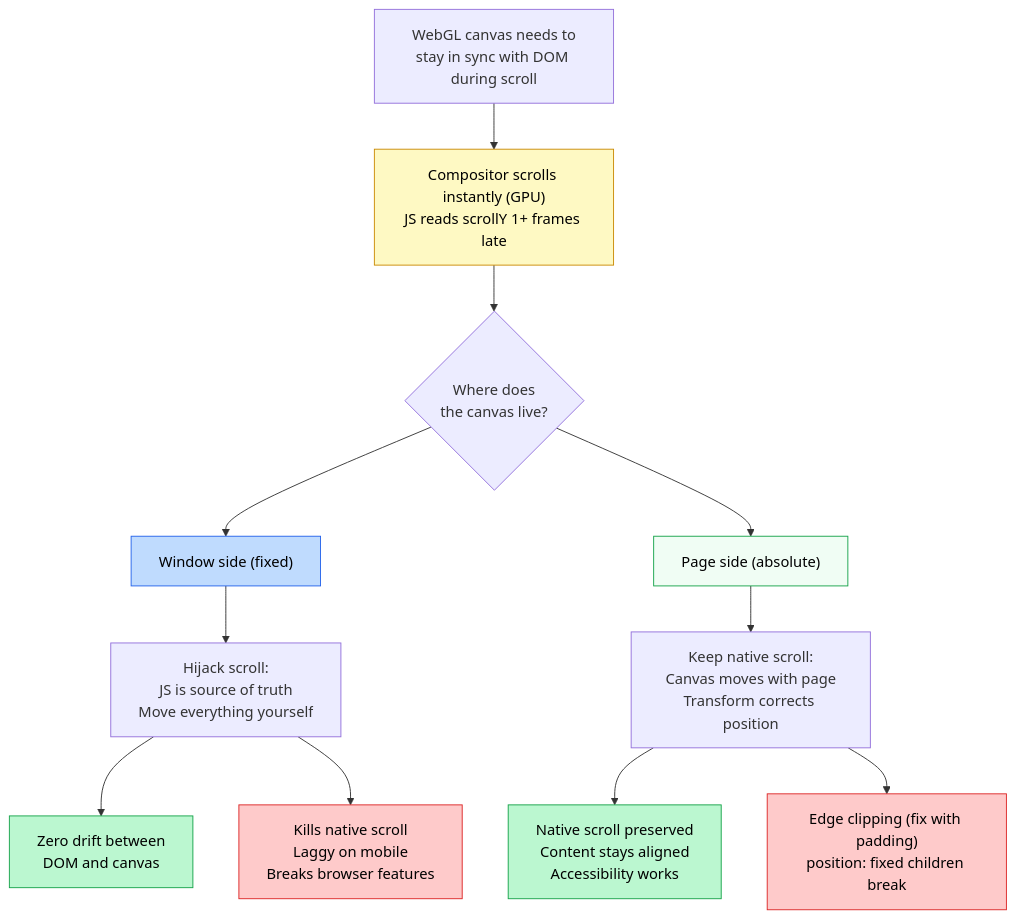
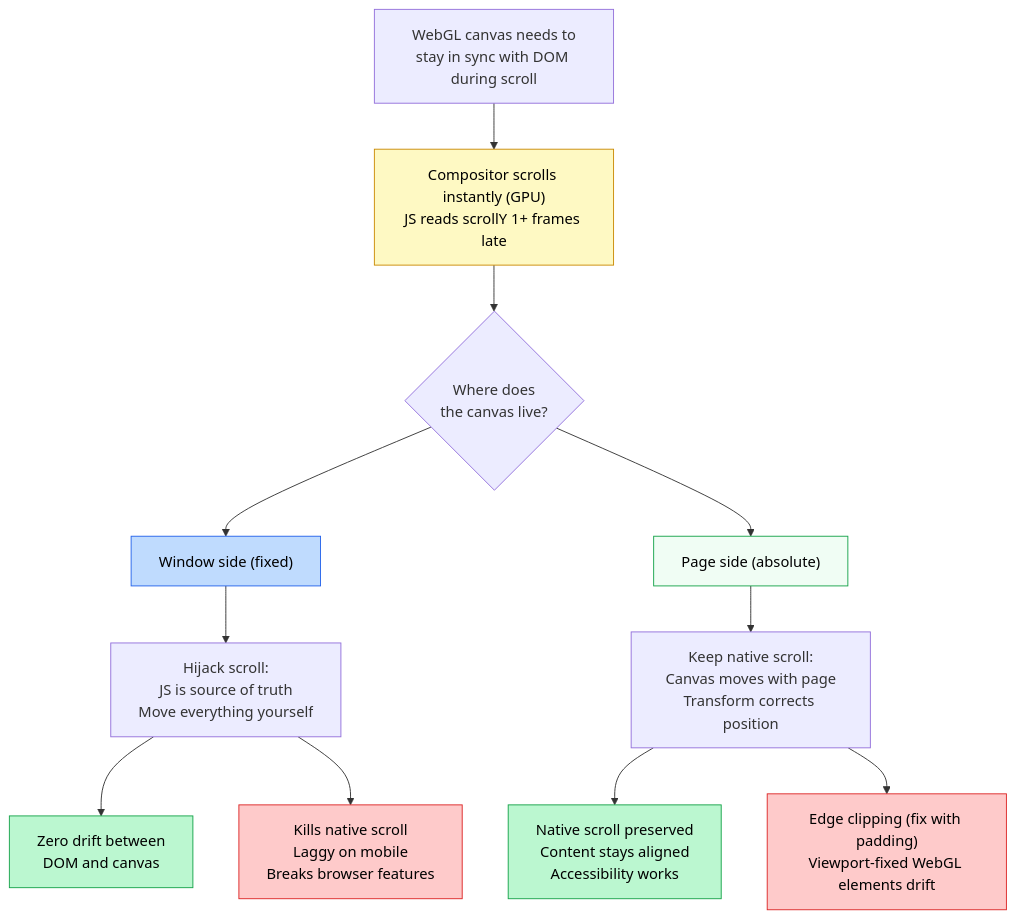
Diagram 12 of 12 in content/logs/08-webgl-scroll-sync.mdx (joyco-studio/registry), drawn with Mermaid before and after one commit. The commit also changed other lines of this file, not shown here.

First line of the commit message:
Fix position:fixed section — it's about WebGL fixed elements, not CSS

````diff
--- a/content/logs/08-webgl-scroll-sync.mdx
+++ b/content/logs/08-webgl-scroll-sync.mdx
@@ -390,25 +403,25 @@
 ```mermaid
 flowchart TD
     ROOT["WebGL canvas needs to<br/>stay in sync with DOM during scroll"]
     ROOT --> PROBLEM["Compositor scrolls instantly (GPU)<br/>JS reads scrollY 1+ frames late"]
     PROBLEM --> Q{"Where does<br/>the canvas live?"}
 
     Q --> FIXED["Window side (fixed)"]
     Q --> ABS["Page side (absolute)"]
 
     FIXED --> FIX_HOW["Hijack scroll:<br/>JS is source of truth<br/>Move everything yourself"]
     FIX_HOW --> FIX_PRO["Zero drift between<br/>DOM and canvas"]
     FIX_HOW --> FIX_CON["Kills native scroll<br/>Laggy on mobile<br/>Breaks browser features"]
 
     ABS --> ABS_HOW["Keep native scroll:<br/>Canvas moves with page<br/>Transform corrects position"]
     ABS_HOW --> ABS_PRO["Native scroll preserved<br/>Content stays aligned<br/>Accessibility works"]
-    ABS_HOW --> ABS_CON["Edge clipping (fix with padding)<br/>position: fixed children break"]
+    ABS_HOW --> ABS_CON["Edge clipping (fix with padding)<br/>Viewport-fixed WebGL elements drift"]
 
     style PROBLEM fill:#fef9c3,stroke:#ca8a04,color:#000
     style FIXED fill:#bfdbfe,stroke:#2563eb,color:#000
     style ABS fill:#f0fdf4,stroke:#16a34a,color:#000
     style FIX_PRO fill:#bbf7d0,stroke:#16a34a,color:#000
     style FIX_CON fill:#fecaca,stroke:#dc2626,color:#000
     style ABS_PRO fill:#bbf7d0,stroke:#16a34a,color:#000
     style ABS_CON fill:#fecaca,stroke:#dc2626,color:#000
 ```
````
